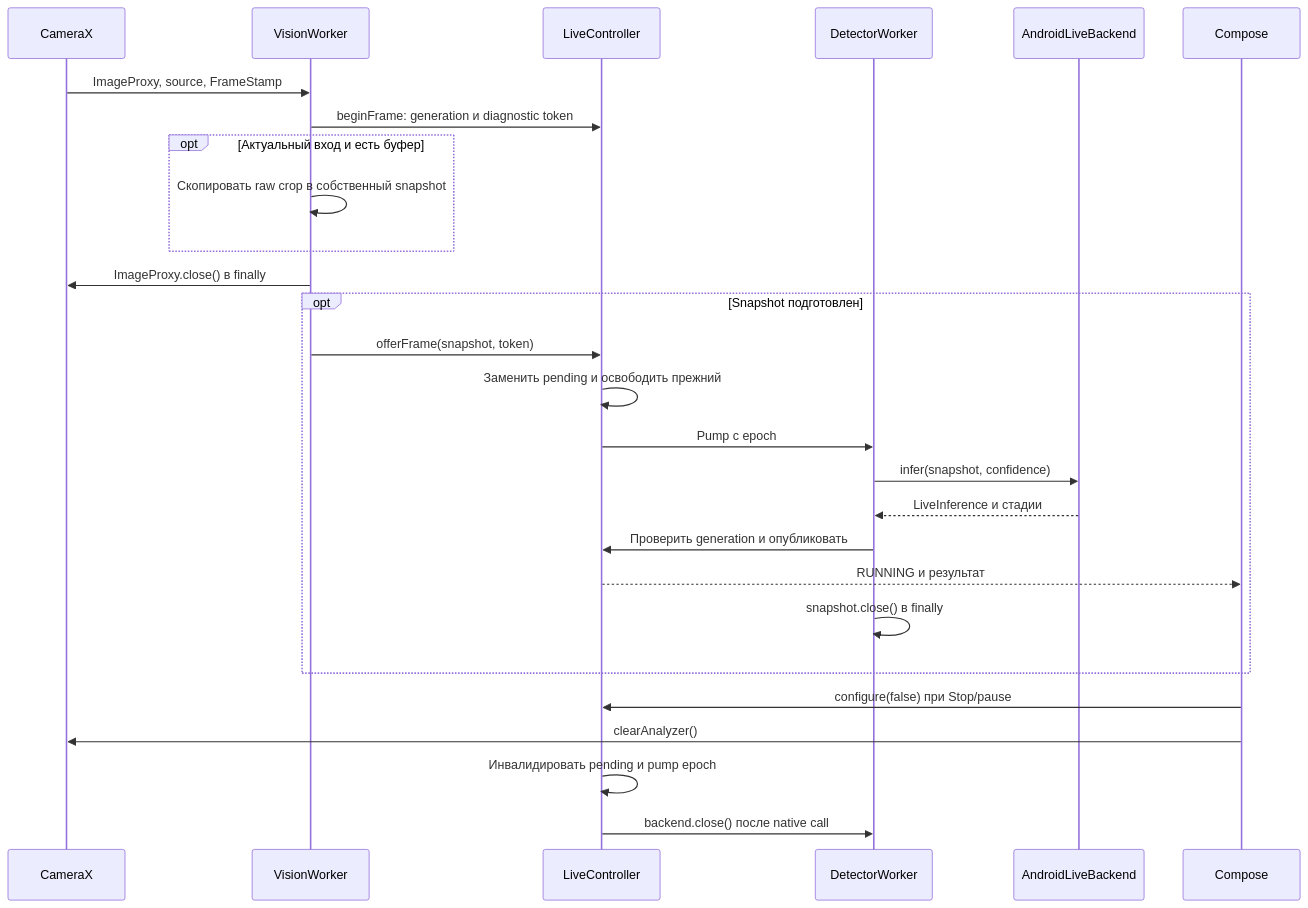
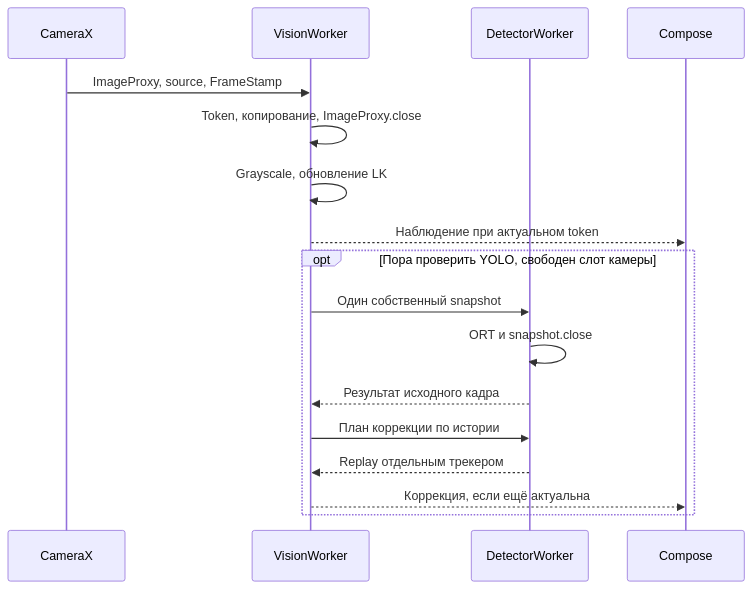
Before and after one commit to Kr1st10/drone-cv-android-prototype: the third of 5 diagrams in docs/internals/detection-lifecycle.md, drawn with Mermaid. The commit also changed other lines of this file and 34 other files, not shown here.

Commit message:
feat: track live camera targets between YOLO checks

````diff
--- a/docs/internals/detection-lifecycle.md
+++ b/docs/internals/detection-lifecycle.md
@@ -82,29 +82,19 @@
 ```mermaid
 sequenceDiagram
-    participant CX as CameraX
-    participant I as VisionWorker
-    participant C as LiveController
-    participant W as DetectorWorker
-    participant B as AndroidLiveBackend
-    participant UI as Compose
-    CX->>I: ImageProxy, source, FrameStamp
-    I->>C: beginFrame: generation и diagnostic token
-    opt Актуальный вход и есть буфер
-        I->>I: Скопировать raw crop в собственный snapshot
+    participant C as CameraX
+    participant V as VisionWorker
+    participant M as DetectorWorker
+    participant U as Compose
+    C->>V: ImageProxy, source, FrameStamp
+    V->>V: Token, копирование, ImageProxy.close
+    V->>V: Grayscale, обновление LK
+    V-->>U: Наблюдение при актуальном token
+    opt Пора проверить YOLO, свободен слот камеры
+        V->>M: Один собственный snapshot
+        M->>M: ORT и snapshot.close
+        M-->>V: Результат исходного кадра
+        V->>M: План коррекции по истории
+        M-->>V: Replay отдельным трекером
+        V-->>U: Коррекция, если ещё актуальна
     end
-    I->>CX: ImageProxy.close() в finally
-    opt Snapshot подготовлен
-        I->>C: offerFrame(snapshot, token)
-        C->>C: Заменить pending и освободить прежний
-        C->>W: Pump с epoch
-        W->>B: infer(snapshot, confidence)
-        B-->>W: LiveInference и стадии
-        W->>C: Проверить generation и опубликовать
-        C-->>UI: RUNNING и результат
-        W->>W: snapshot.close() в finally
-    end
-    UI->>C: configure(false) при Stop/pause
-    UI->>CX: clearAnalyzer()
-    C->>C: Инвалидировать pending и pump epoch
-    C->>W: backend.close() после native call
 ```
````
